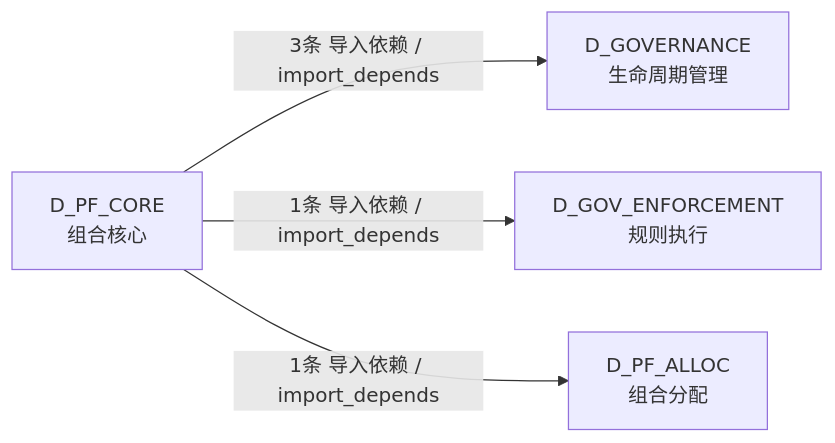
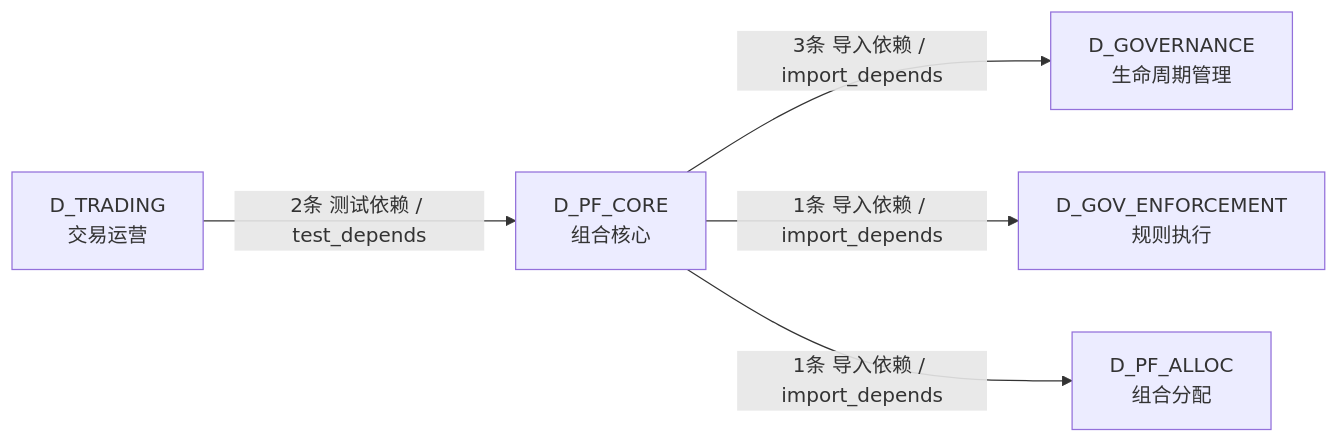
One commit to xuanFelixVan/ZephyrAlpha changed the fourth of 4 diagrams in docs/02_enterprise_architecture/02_domain_architecture_docs/50_d_pf_core.md. Above: the diagram before and after it, drawn with Mermaid. The commit also changed other lines of this file and 112 other files, not shown here.

````diff
--- a/docs/02_enterprise_architecture/02_domain_architecture_docs/50_d_pf_core.md
+++ b/docs/02_enterprise_architecture/02_domain_architecture_docs/50_d_pf_core.md
@@ -193,10 +193,12 @@
 ```mermaid
 graph LR
     D_PF_CORE["D_PF_CORE<br/>组合核心"]
     D_GOVERNANCE["D_GOVERNANCE<br/>生命周期管理"]
     D_GOV_ENFORCEMENT["D_GOV_ENFORCEMENT<br/>规则执行"]
     D_PF_ALLOC["D_PF_ALLOC<br/>组合分配"]
+    D_TRADING["D_TRADING<br/>交易运营"]
     D_PF_CORE -->|3条 导入依赖 / import_depends| D_GOVERNANCE
     D_PF_CORE -->|1条 导入依赖 / import_depends| D_GOV_ENFORCEMENT
     D_PF_CORE -->|1条 导入依赖 / import_depends| D_PF_ALLOC
+    D_TRADING -->|2条 测试依赖 / test_depends| D_PF_CORE
 ```
````
